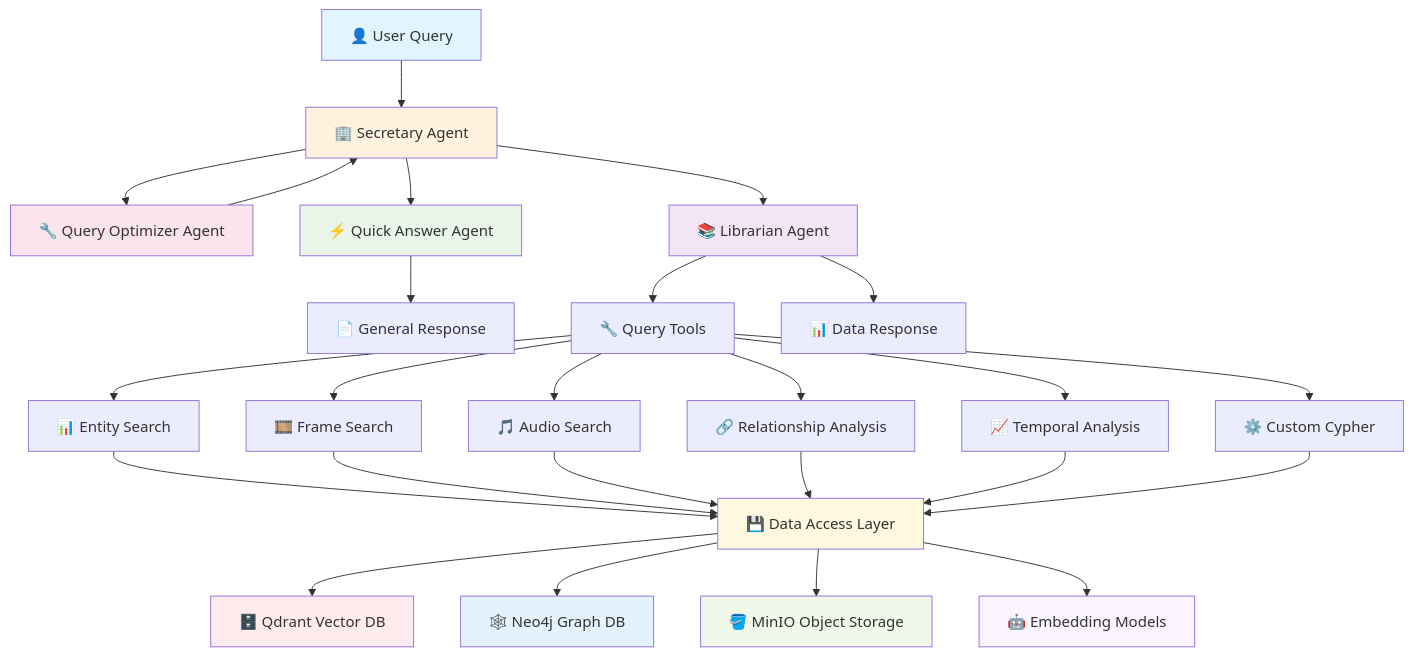
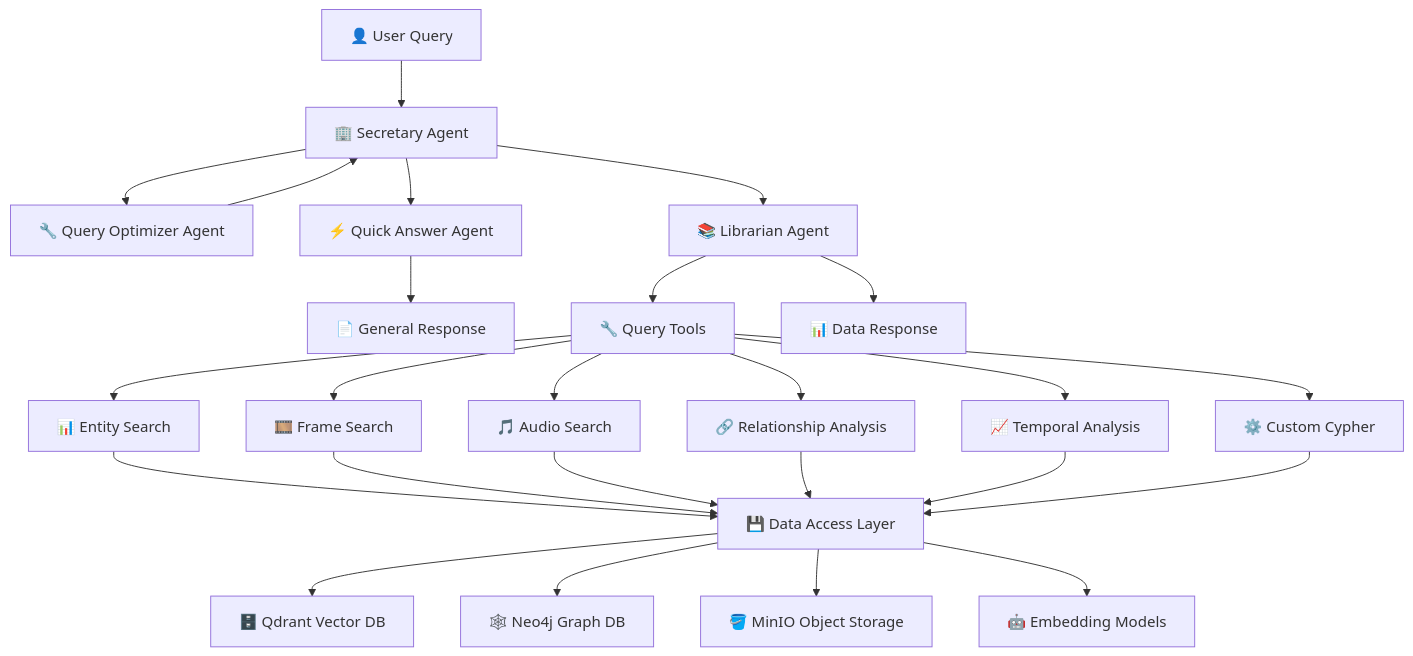
One commit to athrael-soju/boxmot changed the diagram in tracking/query_service/diagram.mmd. Above: the diagram before and after it, drawn with Mermaid. The commit also changed 2 other files, not shown here.

Commit message:
Remove Query Service agent definitions and update diagram styles
- Deleted the `agents.py` file containing definitions for the `SecretaryAgent`, `QueryOptimizerAgent`, `QuickAnswerAgent`, and `LibrarianAgent`.
- Updated the `diagram.mmd` file to comment out style definitions for better clarity and organization.
- Added a new `test.py` file to demonstrate asynchronous querying functionality in the Query Service.

```diff
--- a/tracking/query_service/diagram.mmd
+++ b/tracking/query_service/diagram.mmd
@@ -1,43 +1,43 @@
 graph TD
     A["👤 User Query"] --> B["🏢 Secretary Agent"]
     
     B --> C["🔧 Query Optimizer Agent"]
     B --> D["⚡ Quick Answer Agent"] 
     B --> E["📚 Librarian Agent"]
     
     C --> B
     D --> F["📄 General Response"]
     
     E --> G["🔧 Query Tools"]
     
     G --> H["📊 Entity Search"]
     G --> I["🎞️ Frame Search"]
     G --> J["🎵 Audio Search"]
     G --> K["🔗 Relationship Analysis"]
     G --> L["📈 Temporal Analysis"]
     G --> M["⚙️ Custom Cypher"]
     
     H --> N["💾 Data Access Layer"]
     I --> N
     J --> N
     K --> N
     L --> N
     M --> N
     
     N --> O["🗄️ Qdrant Vector DB"]
     N --> P["🕸️ Neo4j Graph DB"]
     N --> Q["🪣 MinIO Object Storage"]
     N --> R["🤖 Embedding Models"]
     
     E --> S["📊 Data Response"]
     
-    style A fill:#e1f5fe
-    style B fill:#fff3e0
-    style C fill:#fce4ec
-    style D fill:#e8f5e8
-    style E fill:#f3e5f5
-    style N fill:#fff8e1
-    style O fill:#ffebee
-    style P fill:#e3f2fd
-    style Q fill:#f1f8e9
-    style R fill:#faf4ff
+    %% style A fill:#e1f5fe
+    %% style B fill:#fff3e0
+    %% style C fill:#fce4ec
+    %% style D fill:#e8f5e8
+    %% style E fill:#f3e5f5
+    %% style N fill:#fff8e1
+    %% style O fill:#ffebee
+    %% style P fill:#e3f2fd
+    %% style Q fill:#f1f8e9
+    %% style R fill:#faf4ff
```
